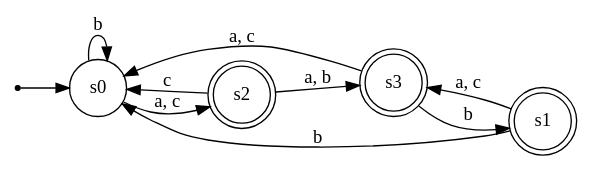
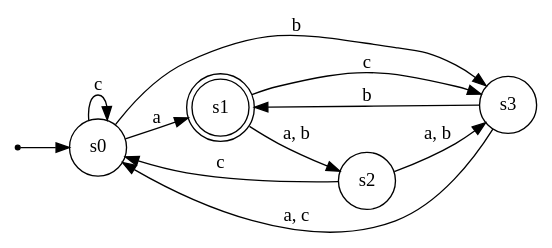
Before and after one commit to nhoxkid/DFA_checker: the diagram in artifacts/automaton_dfa.dot, drawn with Graphviz. The commit also changed 2 other files, not shown here.

Commit message:
Add 'Save Graph' feature to GUI
Introduced a 'Save Graph' button in the AutomatonStudio GUI, allowing users to export the current automaton graph in PNG, SVG, PDF, or DOT formats. Updated the layout to accommodate the new button and implemented the corresponding save logic, including file dialog integration and format handling.

```diff
--- a/artifacts/automaton_dfa.dot
+++ b/artifacts/automaton_dfa.dot
@@ -1,18 +1,19 @@
 digraph "Automaton" {
   rankdir=LR;
   node [shape=circle];
   __start__ [shape=point];
   __start__ -> "s0";
   "s0" [shape=circle];
   "s1" [shape=doublecircle];
-  "s2" [shape=doublecircle];
-  "s3" [shape=doublecircle];
-  "s0" -> "s0" [label="b"];
-  "s0" -> "s2" [label="a, c"];
-  "s1" -> "s0" [label="b"];
-  "s1" -> "s3" [label="a, c"];
+  "s2" [shape=circle];
+  "s3" [shape=circle];
+  "s0" -> "s0" [label="c"];
+  "s0" -> "s1" [label="a"];
+  "s0" -> "s3" [label="b"];
+  "s1" -> "s2" [label="a, b"];
+  "s1" -> "s3" [label="c"];
   "s2" -> "s0" [label="c"];
   "s2" -> "s3" [label="a, b"];
   "s3" -> "s0" [label="a, c"];
   "s3" -> "s1" [label="b"];
 }
```
